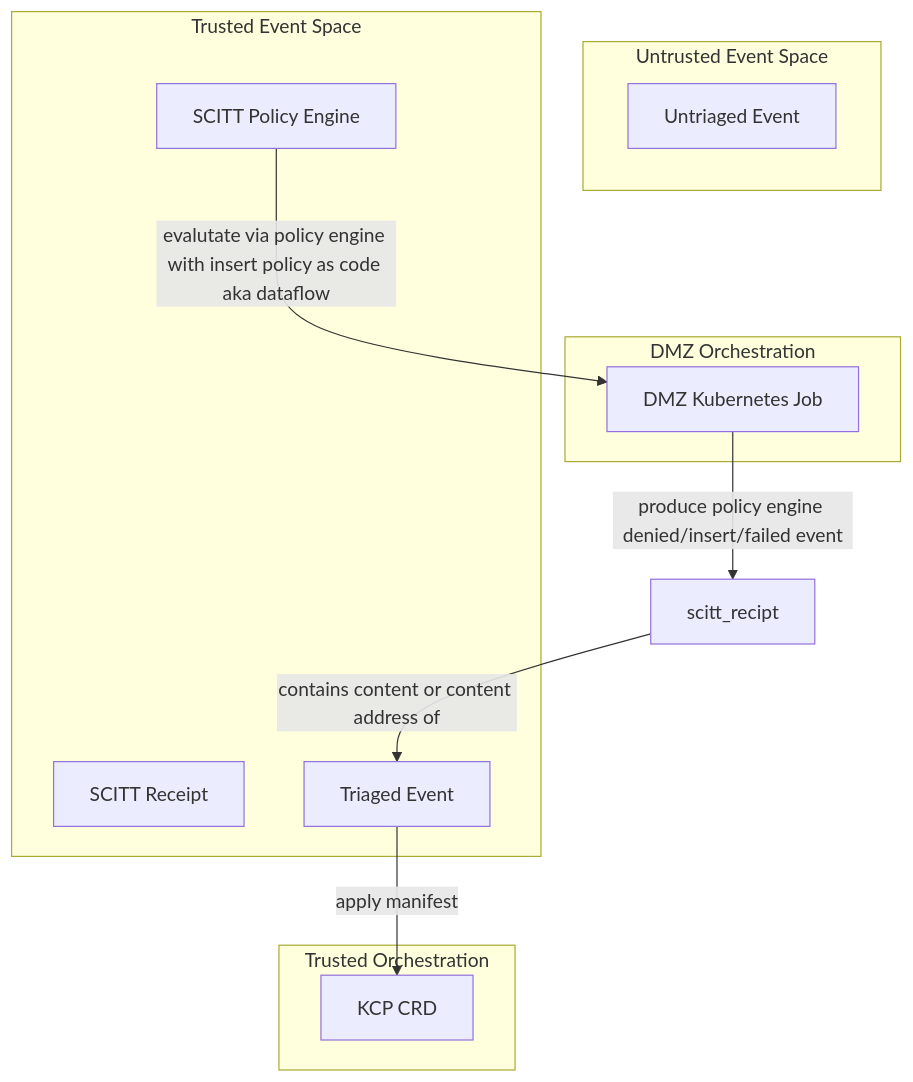
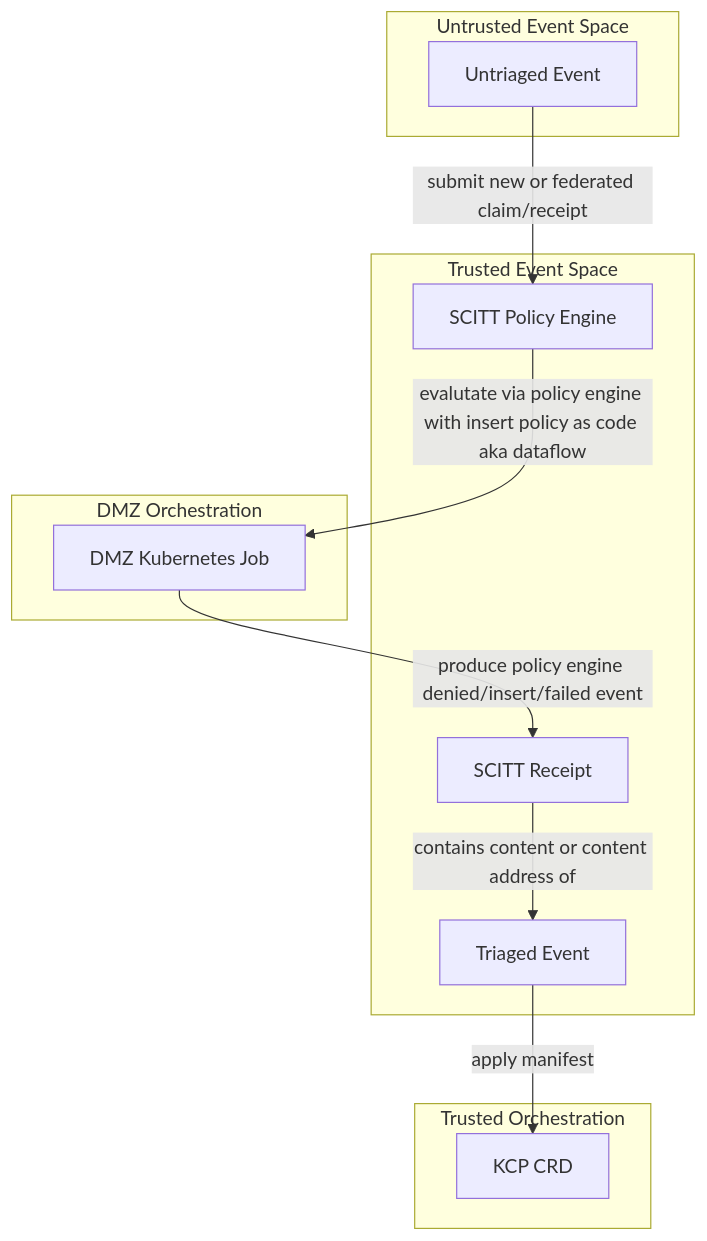
One commit to intel/dffml changed the diagram in examples/tutorials/rolling_alice/transparency_service/kubernetes_dataflow_policy_engine/README.md. Above: the diagram before and after it, drawn with Mermaid.

Commit message:
examples: tutorials: rolling alice: transparency service: kubernetes dataflow policy engine: README: mermaid: Correct spelling of receipt

````diff
--- a/examples/tutorials/rolling_alice/transparency_service/kubernetes_dataflow_policy_engine/README.md
+++ b/examples/tutorials/rolling_alice/transparency_service/kubernetes_dataflow_policy_engine/README.md
@@ -54,26 +54,27 @@
 ```mermaid
 graph TD
     subgraph untrusted[Untrusted Event Space]
        untriagged_event[Untriaged Event]
     end
 
     subgraph trusted[Trusted Event Space]
        scitt_policy_engine[SCITT Policy Engine]
        scitt_receipt[SCITT Receipt]
        triagged_event[Triaged Event]
     end
 
     subgraph dmz_orchestration[DMZ Orchestration]
        policy_engine_kubernetes_job[DMZ Kubernetes Job]
     end
 
     subgraph orchestration[Trusted Orchestration]
        kcp_crd[KCP CRD]
     end
 
+    untriagged_event -->|submit new or federated claim/receipt| scitt_policy_engine
     scitt_policy_engine -->|evalutate via policy engine with insert policy as code aka dataflow| policy_engine_kubernetes_job
-    policy_engine_kubernetes_job -->|produce policy engine denied/insert/failed event| scitt_recipt
-    scitt_recipt -->|contains content or content address of| triagged_event
+    policy_engine_kubernetes_job -->|produce policy engine denied/insert/failed event| scitt_receipt
+    scitt_receipt -->|contains content or content address of| triagged_event
     
     triagged_event -->|apply manifest| kcp_crd
 ```
````
